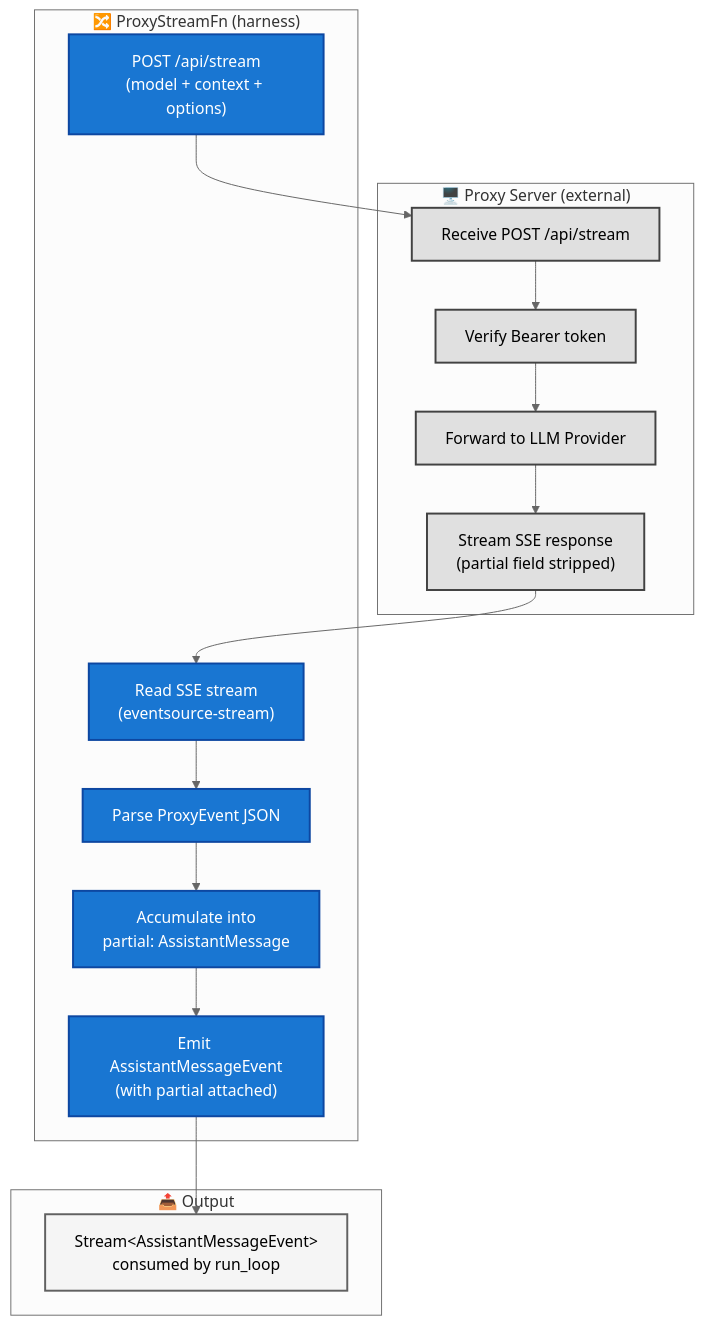
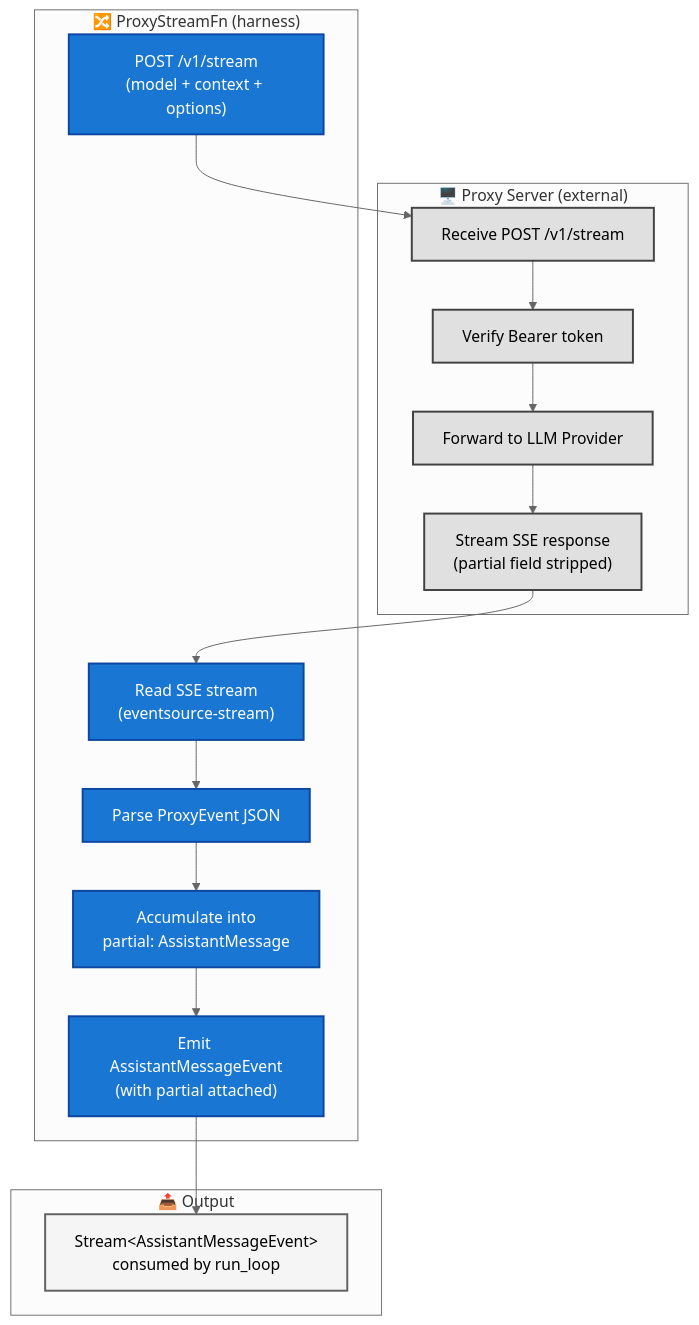
The third of 8 diagrams in docs/architecture/streaming/README.md (SuperSwinkAI/Swink-Agent), drawn with Mermaid (neutral theme) before and after one commit. The commit also changed other lines of this file and 22 other files, not shown here.

````diff
--- a/docs/architecture/streaming/README.md
+++ b/docs/architecture/streaming/README.md
@@ -137,39 +178,39 @@
 ```mermaid
 flowchart TB
     subgraph ProxyServer["🖥️ Proxy Server (external)"]
-        ServerRecv["Receive POST /api/stream"]
+        ServerRecv["Receive POST /v1/stream"]
         ServerAuth["Verify Bearer token"]
         ServerForward["Forward to LLM Provider"]
         ServerSSE["Stream SSE response<br/>(partial field stripped)"]
     end
 
     subgraph ProxyClient["🔀 ProxyStreamFn (harness)"]
-        HTTPPost["POST /api/stream<br/>(model + context + options)"]
+        HTTPPost["POST /v1/stream<br/>(model + context + options)"]
         SSERead["Read SSE stream<br/>(eventsource-stream)"]
         ParseEvent["Parse ProxyEvent JSON"]
         Accumulate["Accumulate into<br/>partial: AssistantMessage"]
         EmitEvent["Emit AssistantMessageEvent<br/>(with partial attached)"]
     end
 
     subgraph Output["📤 Output"]
         HarnessStream["Stream&lt;AssistantMessageEvent&gt;<br/>consumed by run_loop"]
     end
 
     HTTPPost --> ServerRecv
     ServerRecv --> ServerAuth
     ServerAuth --> ServerForward
     ServerForward --> ServerSSE
     ServerSSE --> SSERead
     SSERead --> ParseEvent
     ParseEvent --> Accumulate
     Accumulate --> EmitEvent
     EmitEvent --> HarnessStream
 
     classDef serverStyle fill:#e0e0e0,stroke:#424242,stroke-width:2px,color:#000
     classDef clientStyle fill:#1976d2,stroke:#0d47a1,stroke-width:2px,color:#fff
     classDef outputStyle fill:#f5f5f5,stroke:#616161,stroke-width:2px,color:#000
 
     class ServerRecv,ServerAuth,ServerForward,ServerSSE serverStyle
     class HTTPPost,SSERead,ParseEvent,Accumulate,EmitEvent clientStyle
     class HarnessStream outputStyle
 ```
````
